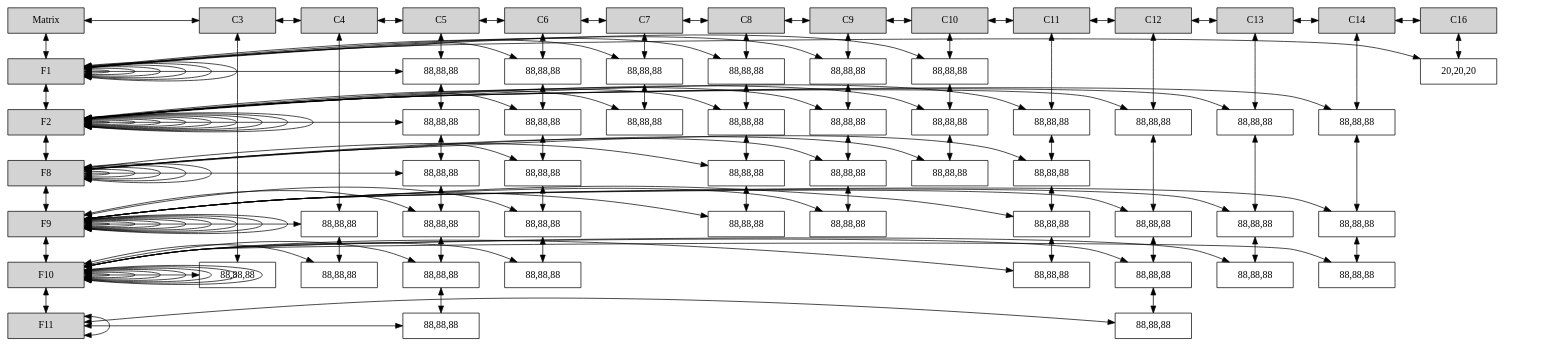
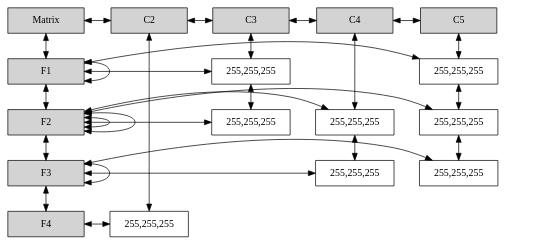
One commit to EH0809/EDD_2S2019_PY1_201520498 changed the diagram in CapaGRAYSCAPE1.dot. Above: the diagram before and after it, drawn with Graphviz.

```diff
--- a/CapaGRAYSCAPE1.dot
+++ b/CapaGRAYSCAPE1.dot
@@ -7,292 +7,61 @@
 Terminal -> Y1 [dir=both];
 Y1[label = "F1 "   width = 1.5 style = filled, group =0];
 Y1-> Y1[dir=both];
-Y1-> X16_1[dir=both];
-{ rank = same; Y1; X16_1 }
-Y1[label = "F1 "   width = 1.5 style = filled, group =0];
-Y1-> Y1[dir=both];
-Y1-> X10_1[dir=both];
-{ rank = same; Y1; X10_1 }
-Y1[label = "F1 "   width = 1.5 style = filled, group =0];
-Y1-> Y1[dir=both];
-Y1-> X9_1[dir=both];
-{ rank = same; Y1; X9_1 }
-Y1[label = "F1 "   width = 1.5 style = filled, group =0];
-Y1-> Y1[dir=both];
-Y1-> X8_1[dir=both];
-{ rank = same; Y1; X8_1 }
-Y1[label = "F1 "   width = 1.5 style = filled, group =0];
-Y1-> Y1[dir=both];
-Y1-> X7_1[dir=both];
-{ rank = same; Y1; X7_1 }
-Y1[label = "F1 "   width = 1.5 style = filled, group =0];
-Y1-> Y1[dir=both];
-Y1-> X6_1[dir=both];
-{ rank = same; Y1; X6_1 }
+Y1-> X5_1[dir=both];
+{ rank = same; Y1; X5_1 }
 Y1[label = "F1 "   width = 1.5 style = filled, group =0];
 Y1-> Y2[dir=both];
-Y1-> X5_1[dir=both];
-{ rank = same; Y1; X5_1 }
+Y1-> X3_1[dir=both];
+{ rank = same; Y1; X3_1 }
 Y2[label = "F2 "   width = 1.5 style = filled, group =0];
 Y2-> Y2[dir=both];
-Y2-> X14_2[dir=both];
-{ rank = same; Y2; X14_2 }
+Y2-> X5_2[dir=both];
+{ rank = same; Y2; X5_2 }
 Y2[label = "F2 "   width = 1.5 style = filled, group =0];
 Y2-> Y2[dir=both];
-Y2-> X13_2[dir=both];
-{ rank = same; Y2; X13_2 }
+Y2-> X4_2[dir=both];
+{ rank = same; Y2; X4_2 }
 Y2[label = "F2 "   width = 1.5 style = filled, group =0];
-Y2-> Y2[dir=both];
-Y2-> X12_2[dir=both];
-{ rank = same; Y2; X12_2 }
-Y2[label = "F2 "   width = 1.5 style = filled, group =0];
-Y2-> Y2[dir=both];
-Y2-> X11_2[dir=both];
-{ rank = same; Y2; X11_2 }
-Y2[label = "F2 "   width = 1.5 style = filled, group =0];
-Y2-> Y2[dir=both];
-Y2-> X10_2[dir=both];
-{ rank = same; Y2; X10_2 }
-Y2[label = "F2 "   width = 1.5 style = filled, group =0];
-Y2-> Y2[dir=both];
-Y2-> X9_2[dir=both];
-{ rank = same; Y2; X9_2 }
-Y2[label = "F2 "   width = 1.5 style = filled, group =0];
-Y2-> Y2[dir=both];
-Y2-> X8_2[dir=both];
-{ rank = same; Y2; X8_2 }
-Y2[label = "F2 "   width = 1.5 style = filled, group =0];
-Y2-> Y2[dir=both];
-Y2-> X7_2[dir=both];
-{ rank = same; Y2; X7_2 }
-Y2[label = "F2 "   width = 1.5 style = filled, group =0];
-Y2-> Y2[dir=both];
-Y2-> X6_2[dir=both];
-{ rank = same; Y2; X6_2 }
-Y2[label = "F2 "   width = 1.5 style = filled, group =0];
-Y2-> Y8[dir=both];
-Y2-> X5_2[dir=both];
-{ rank = same; Y2; X5_2 }
-Y8[label = "F8 "   width = 1.5 style = filled, group =0];
-Y8-> Y8[dir=both];
-Y8-> X11_8[dir=both];
-{ rank = same; Y8; X11_8 }
-Y8[label = "F8 "   width = 1.5 style = filled, group =0];
-Y8-> Y8[dir=both];
-Y8-> X10_8[dir=both];
-{ rank = same; Y8; X10_8 }
-Y8[label = "F8 "   width = 1.5 style = filled, group =0];
-Y8-> Y8[dir=both];
-Y8-> X9_8[dir=both];
-{ rank = same; Y8; X9_8 }
-Y8[label = "F8 "   width = 1.5 style = filled, group =0];
-Y8-> Y8[dir=both];
-Y8-> X8_8[dir=both];
-{ rank = same; Y8; X8_8 }
-Y8[label = "F8 "   width = 1.5 style = filled, group =0];
-Y8-> Y8[dir=both];
-Y8-> X6_8[dir=both];
-{ rank = same; Y8; X6_8 }
-Y8[label = "F8 "   width = 1.5 style = filled, group =0];
-Y8-> Y9[dir=both];
-Y8-> X5_8[dir=both];
-{ rank = same; Y8; X5_8 }
-Y9[label = "F9 "   width = 1.5 style = filled, group =0];
-Y9-> Y9[dir=both];
-Y9-> X14_9[dir=both];
-{ rank = same; Y9; X14_9 }
-Y9[label = "F9 "   width = 1.5 style = filled, group =0];
-Y9-> Y9[dir=both];
-Y9-> X13_9[dir=both];
-{ rank = same; Y9; X13_9 }
-Y9[label = "F9 "   width = 1.5 style = filled, group =0];
-Y9-> Y9[dir=both];
-Y9-> X12_9[dir=both];
-{ rank = same; Y9; X12_9 }
-Y9[label = "F9 "   width = 1.5 style = filled, group =0];
-Y9-> Y9[dir=both];
-Y9-> X11_9[dir=both];
-{ rank = same; Y9; X11_9 }
-Y9[label = "F9 "   width = 1.5 style = filled, group =0];
-Y9-> Y9[dir=both];
-Y9-> X9_9[dir=both];
-{ rank = same; Y9; X9_9 }
-Y9[label = "F9 "   width = 1.5 style = filled, group =0];
-Y9-> Y9[dir=both];
-Y9-> X8_9[dir=both];
-{ rank = same; Y9; X8_9 }
-Y9[label = "F9 "   width = 1.5 style = filled, group =0];
-Y9-> Y9[dir=both];
-Y9-> X6_9[dir=both];
-{ rank = same; Y9; X6_9 }
-Y9[label = "F9 "   width = 1.5 style = filled, group =0];
-Y9-> Y9[dir=both];
-Y9-> X5_9[dir=both];
-{ rank = same; Y9; X5_9 }
-Y9[label = "F9 "   width = 1.5 style = filled, group =0];
-Y9-> Y10[dir=both];
-Y9-> X4_9[dir=both];
-{ rank = same; Y9; X4_9 }
-Y10[label = "F10 "   width = 1.5 style = filled, group =0];
-Y10-> Y10[dir=both];
-Y10-> X14_10[dir=both];
-{ rank = same; Y10; X14_10 }
-Y10[label = "F10 "   width = 1.5 style = filled, group =0];
-Y10-> Y10[dir=both];
-Y10-> X13_10[dir=both];
-{ rank = same; Y10; X13_10 }
-Y10[label = "F10 "   width = 1.5 style = filled, group =0];
-Y10-> Y10[dir=both];
-Y10-> X12_10[dir=both];
-{ rank = same; Y10; X12_10 }
-Y10[label = "F10 "   width = 1.5 style = filled, group =0];
-Y10-> Y10[dir=both];
-Y10-> X11_10[dir=both];
-{ rank = same; Y10; X11_10 }
-Y10[label = "F10 "   width = 1.5 style = filled, group =0];
-Y10-> Y10[dir=both];
-Y10-> X6_10[dir=both];
-{ rank = same; Y10; X6_10 }
-Y10[label = "F10 "   width = 1.5 style = filled, group =0];
-Y10-> Y10[dir=both];
-Y10-> X5_10[dir=both];
-{ rank = same; Y10; X5_10 }
-Y10[label = "F10 "   width = 1.5 style = filled, group =0];
-Y10-> Y10[dir=both];
-Y10-> X4_10[dir=both];
-{ rank = same; Y10; X4_10 }
-Y10[label = "F10 "   width = 1.5 style = filled, group =0];
-Y10-> Y11[dir=both];
-Y10-> X3_10[dir=both];
-{ rank = same; Y10; X3_10 }
-Y11[label = "F11 "   width = 1.5 style = filled, group =0];
-Y11-> Y11[dir=both];
-Y11-> X12_11[dir=both];
-{ rank = same; Y11; X12_11 }
-Y11[label = "F11 "   width = 1.5 style = filled,group =0];
-Y11-> X5_11[dir=both];
-{ rank = same; Y11; X5_11 }
-Terminal -> X3 [dir=both];
+Y2-> Y3[dir=both];
+Y2-> X3_2[dir=both];
+{ rank = same; Y2; X3_2 }
+Y3[label = "F3 "   width = 1.5 style = filled, group =0];
+Y3-> Y3[dir=both];
+Y3-> X5_3[dir=both];
+{ rank = same; Y3; X5_3 }
+Y3[label = "F3 "   width = 1.5 style = filled, group =0];
+Y3-> Y4[dir=both];
+Y3-> X4_3[dir=both];
+{ rank = same; Y3; X4_3 }
+Y4[label = "F4 "   width = 1.5 style = filled,group =0];
+Y4-> X2_4[dir=both];
+{ rank = same; Y4; X2_4 }
+Terminal -> X2 [dir=both];
+X2[label = "C2 "   width = 1.5 style = filled, group =2];
+X2-> X3[dir=both];
+{ rank = same; Terminal; X2 }
+X2_4[label = "255,255,255 "   width = 1.5, group =2];
+X2-> X2_4[dir=both];
 X3[label = "C3 "   width = 1.5 style = filled, group =3];
 X3-> X4[dir=both];
 { rank = same; Terminal; X3 }
-X3_10[label = "88,88,88 "   width = 1.5, group =3];
-X3-> X3_10[dir=both];
+X3_1[label = "255,255,255 "   width = 1.5, group =3];
+X3-> X3_1[dir=both];
+X3_2[label = "255,255,255 "   width = 1.5, group =3];
+X3_1-> X3_2[dir=both];
 X4[label = "C4 "   width = 1.5 style = filled, group =4];
 X4-> X5[dir=both];
 { rank = same; Terminal; X4 }
-X4_9[label = "88,88,88 "   width = 1.5, group =4];
-X4-> X4_9[dir=both];
-X4_10[label = "88,88,88 "   width = 1.5, group =4];
-X4_9-> X4_10[dir=both];
+X4_2[label = "255,255,255 "   width = 1.5, group =4];
+X4-> X4_2[dir=both];
+X4_3[label = "255,255,255 "   width = 1.5, group =4];
+X4_2-> X4_3[dir=both];
 X5[label = "C5 "   width = 1.5 style = filled, group =5];
-X5-> X6[dir=both];
 { rank = same; Terminal; X5 }
-X5_1[label = "88,88,88 "   width = 1.5, group =5];
+X5_1[label = "255,255,255 "   width = 1.5, group =5];
 X5-> X5_1[dir=both];
-X5_2[label = "88,88,88 "   width = 1.5, group =5];
+X5_2[label = "255,255,255 "   width = 1.5, group =5];
 X5_1-> X5_2[dir=both];
-X5_8[label = "88,88,88 "   width = 1.5, group =5];
-X5_2-> X5_8[dir=both];
-X5_9[label = "88,88,88 "   width = 1.5, group =5];
-X5_8-> X5_9[dir=both];
-X5_10[label = "88,88,88 "   width = 1.5, group =5];
-X5_9-> X5_10[dir=both];
-X5_11[label = "88,88,88 "   width = 1.5, group =5];
-X5_10-> X5_11[dir=both];
-X6[label = "C6 "   width = 1.5 style = filled, group =6];
-X6-> X7[dir=both];
-{ rank = same; Terminal; X6 }
-X6_1[label = "88,88,88 "   width = 1.5, group =6];
-X6-> X6_1[dir=both];
-X6_2[label = "88,88,88 "   width = 1.5, group =6];
-X6_1-> X6_2[dir=both];
-X6_8[label = "88,88,88 "   width = 1.5, group =6];
-X6_2-> X6_8[dir=both];
-X6_9[label = "88,88,88 "   width = 1.5, group =6];
-X6_8-> X6_9[dir=both];
-X6_10[label = "88,88,88 "   width = 1.5, group =6];
-X6_9-> X6_10[dir=both];
-X7[label = "C7 "   width = 1.5 style = filled, group =7];
-X7-> X8[dir=both];
-{ rank = same; Terminal; X7 }
-X7_1[label = "88,88,88 "   width = 1.5, group =7];
-X7-> X7_1[dir=both];
-X7_2[label = "88,88,88 "   width = 1.5, group =7];
-X7_1-> X7_2[dir=both];
-X8[label = "C8 "   width = 1.5 style = filled, group =8];
-X8-> X9[dir=both];
-{ rank = same; Terminal; X8 }
-X8_1[label = "88,88,88 "   width = 1.5, group =8];
-X8-> X8_1[dir=both];
-X8_2[label = "88,88,88 "   width = 1.5, group =8];
-X8_1-> X8_2[dir=both];
-X8_8[label = "88,88,88 "   width = 1.5, group =8];
-X8_2-> X8_8[dir=both];
-X8_9[label = "88,88,88 "   width = 1.5, group =8];
-X8_8-> X8_9[dir=both];
-X9[label = "C9 "   width = 1.5 style = filled, group =9];
-X9-> X10[dir=both];
-{ rank = same; Terminal; X9 }
-X9_1[label = "88,88,88 "   width = 1.5, group =9];
-X9-> X9_1[dir=both];
-X9_2[label = "88,88,88 "   width = 1.5, group =9];
-X9_1-> X9_2[dir=both];
-X9_8[label = "88,88,88 "   width = 1.5, group =9];
-X9_2-> X9_8[dir=both];
-X9_9[label = "88,88,88 "   width = 1.5, group =9];
-X9_8-> X9_9[dir=both];
-X10[label = "C10 "   width = 1.5 style = filled, group =10];
-X10-> X11[dir=both];
-{ rank = same; Terminal; X10 }
-X10_1[label = "88,88,88 "   width = 1.5, group =10];
-X10-> X10_1[dir=both];
-X10_2[label = "88,88,88 "   width = 1.5, group =10];
-X10_1-> X10_2[dir=both];
-X10_8[label = "88,88,88 "   width = 1.5, group =10];
-X10_2-> X10_8[dir=both];
-X11[label = "C11 "   width = 1.5 style = filled, group =11];
-X11-> X12[dir=both];
-{ rank = same; Terminal; X11 }
-X11_2[label = "88,88,88 "   width = 1.5, group =11];
-X11-> X11_2[dir=both];
-X11_8[label = "88,88,88 "   width = 1.5, group =11];
-X11_2-> X11_8[dir=both];
-X11_9[label = "88,88,88 "   width = 1.5, group =11];
-X11_8-> X11_9[dir=both];
-X11_10[label = "88,88,88 "   width = 1.5, group =11];
-X11_9-> X11_10[dir=both];
-X12[label = "C12 "   width = 1.5 style = filled, group =12];
-X12-> X13[dir=both];
-{ rank = same; Terminal; X12 }
-X12_2[label = "88,88,88 "   width = 1.5, group =12];
-X12-> X12_2[dir=both];
-X12_9[label = "88,88,88 "   width = 1.5, group =12];
-X12_2-> X12_9[dir=both];
-X12_10[label = "88,88,88 "   width = 1.5, group =12];
-X12_9-> X12_10[dir=both];
-X12_11[label = "88,88,88 "   width = 1.5, group =12];
-X12_10-> X12_11[dir=both];
-X13[label = "C13 "   width = 1.5 style = filled, group =13];
-X13-> X14[dir=both];
-{ rank = same; Terminal; X13 }
-X13_2[label = "88,88,88 "   width = 1.5, group =13];
-X13-> X13_2[dir=both];
-X13_9[label = "88,88,88 "   width = 1.5, group =13];
-X13_2-> X13_9[dir=both];
-X13_10[label = "88,88,88 "   width = 1.5, group =13];
-X13_9-> X13_10[dir=both];
-X14[label = "C14 "   width = 1.5 style = filled, group =14];
-X14-> X16[dir=both];
-{ rank = same; Terminal; X14 }
-X14_2[label = "88,88,88 "   width = 1.5, group =14];
-X14-> X14_2[dir=both];
-X14_9[label = "88,88,88 "   width = 1.5, group =14];
-X14_2-> X14_9[dir=both];
-X14_10[label = "88,88,88 "   width = 1.5, group =14];
-X14_9-> X14_10[dir=both];
-X16[label = "C16 "   width = 1.5 style = filled, group =16];
-{ rank = same; Terminal; X16 }
-X16_1[label = "20,20,20 "   width = 1.5, group =16];
-X16-> X16_1[dir=both];
+X5_3[label = "255,255,255 "   width = 1.5, group =5];
+X5_2-> X5_3[dir=both];
 }
```
